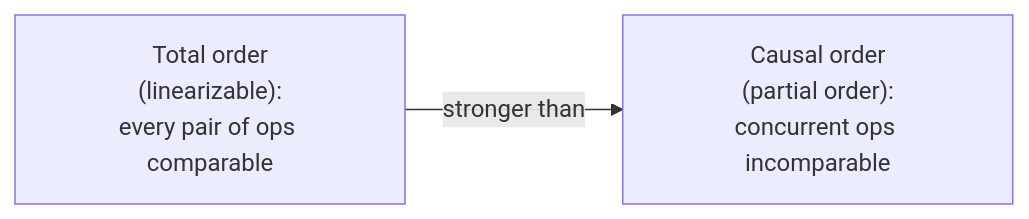
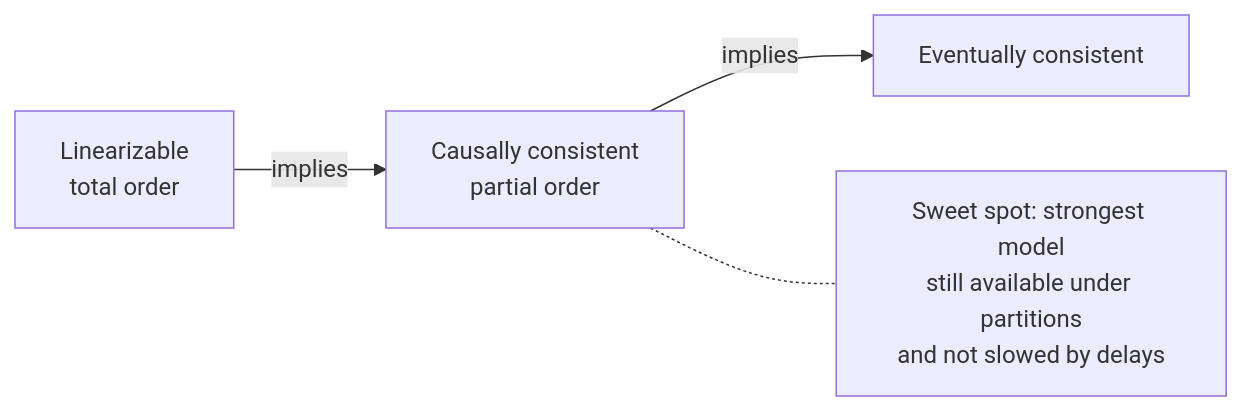
Before and after one commit to pratikguru998/ddia-book: diagram 15 of 40 in docs/chapters/part-2/09-consistency-consensus.mdx, drawn with Mermaid. The commit also changed other lines of this file and 13 other files, not shown here.

Commit message:
Expand all 12 chapters: every book subsection, deeper notes, ~320 diagrams

````diff
--- a/docs/chapters/part-2/09-consistency-consensus.mdx
+++ b/docs/chapters/part-2/09-consistency-consensus.mdx
@@ -115,4 +469,6 @@
 ```mermaid
 flowchart LR
-  T["Total order<br/>(linearizable):<br/>every pair of ops comparable"] -->|"stronger than"| P["Causal order<br/>(partial order):<br/>concurrent ops incomparable"]
+  LIN["Linearizable<br/>total order"] -->|"implies"| CAUS["Causally consistent<br/>partial order"]
+  CAUS -->|"implies"| EVC["Eventually consistent"]
+  CAUS -.- SWEET["Sweet spot: strongest model<br/>still available under partitions<br/>and not slowed by delays"]
 ```
````
